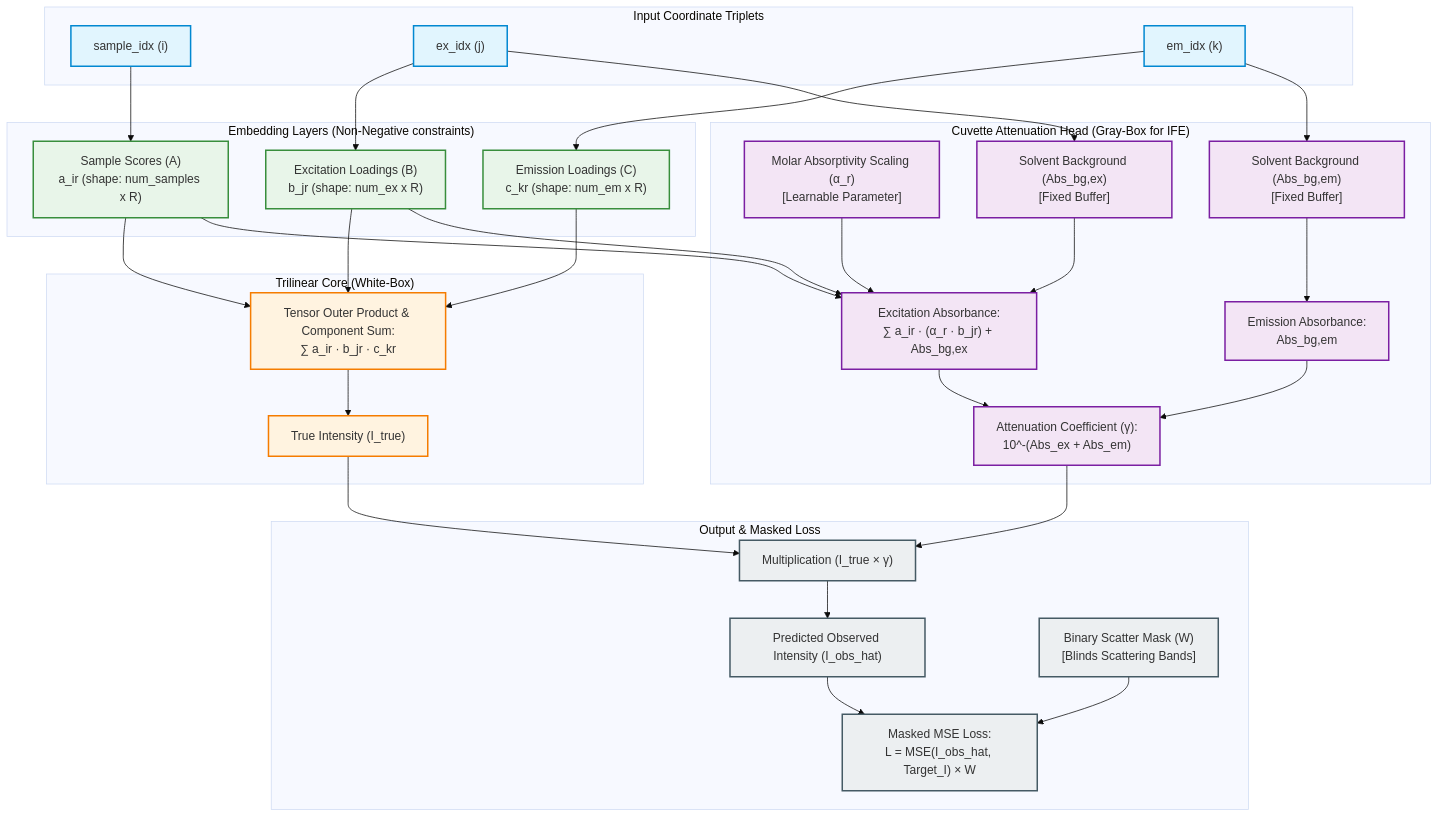
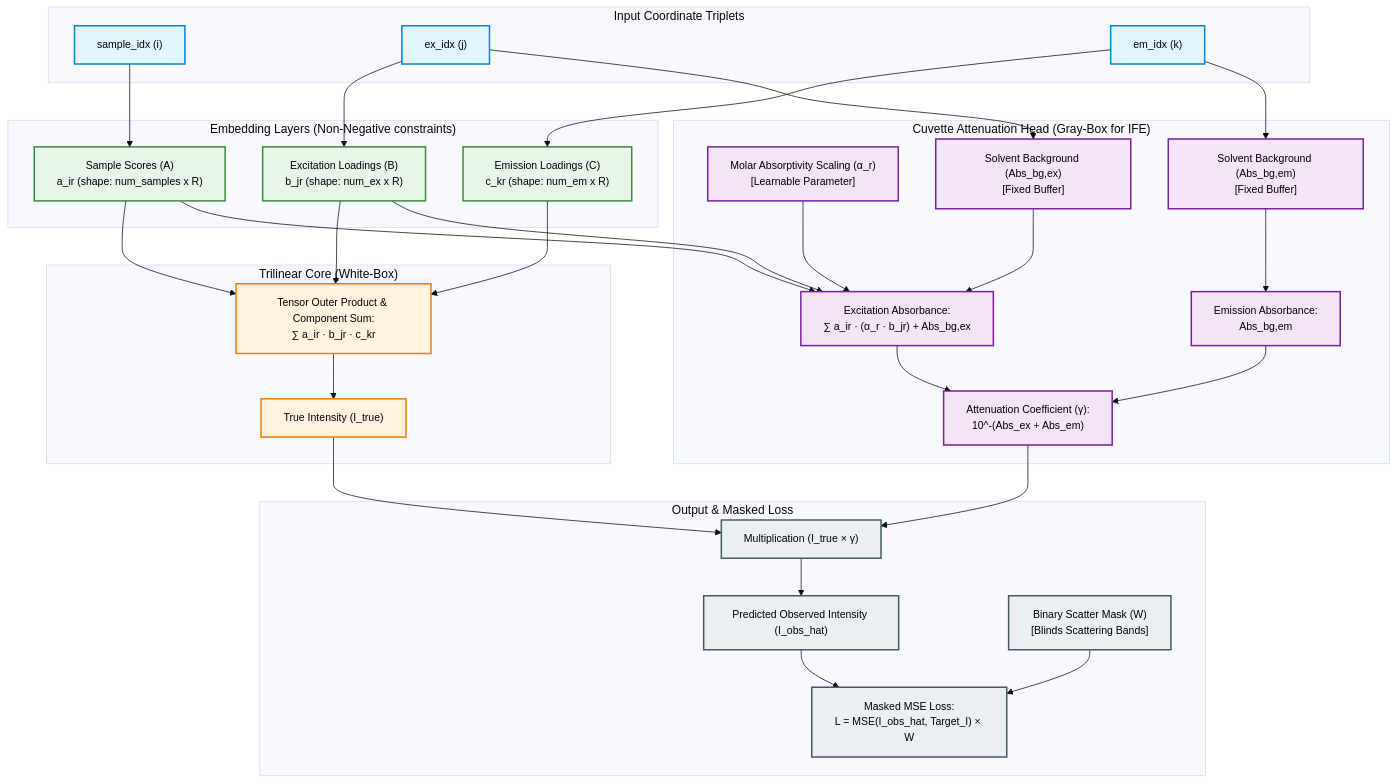
The diagram in README.md (DamianPiuselli/petn_parafac), drawn with Mermaid (base theme) before and after one commit.

Commit message:
docs: improve Mermaid diagram contrast and font size for dark mode

````diff
--- a/README.md
+++ b/README.md
@@ -41,79 +41,79 @@
 ```mermaid
 graph TD
     %% Input nodes
     subgraph Inputs ["Input Coordinate Triplets"]
         S_idx["sample_idx (i)"]
         Ex_idx["ex_idx (j)"]
         Em_idx["em_idx (k)"]
     end
 
     %% Embedding Layers
     subgraph Embeddings ["Embedding Layers (Non-Negative constraints)"]
         A_emb["Sample Scores (A)<br/>a_ir (shape: num_samples x R)"]
         B_emb["Excitation Loadings (B)<br/>b_jr (shape: num_ex x R)"]
         C_emb["Emission Loadings (C)<br/>c_kr (shape: num_em x R)"]
     end
 
     %% Routing
     S_idx --> A_emb
     Ex_idx --> B_emb
     Em_idx --> C_emb
 
     %% Trilinear Core
     subgraph Trilinear_Core ["Trilinear Core (White-Box)"]
         Product["Tensor Outer Product & Component Sum:<br/>∑ a_ir · b_jr · c_kr"]
         I_true["True Intensity (I_true)"]
     end
 
     A_emb & B_emb & C_emb --> Product
     Product --> I_true
 
     %% Gray-Box Attenuation Head
     subgraph Attenuation_Head ["Cuvette Attenuation Head (Gray-Box for IFE)"]
         Alpha["Molar Absorptivity Scaling (α_r)<br/>[Learnable Parameter]"]
         Ex_bg["Solvent Background (Abs_bg,ex)<br/>[Fixed Buffer]"]
         Em_bg["Solvent Background (Abs_bg,em)<br/>[Fixed Buffer]"]
         
         Abs_ex["Excitation Absorbance:<br/>∑ a_ir · (α_r · b_jr) + Abs_bg,ex"]
         Abs_em["Emission Absorbance:<br/>Abs_bg,em"]
         
         Gamma["Attenuation Coefficient (γ):<br/>10^-(Abs_ex + Abs_em)"]
     end
 
     A_emb & B_emb --> Abs_ex
     Alpha --> Abs_ex
     Ex_idx --> Ex_bg
     Ex_bg --> Abs_ex
     
     Em_idx --> Em_bg
     Em_bg --> Abs_em
 
     Abs_ex & Abs_em --> Gamma
 
     %% Combination
     subgraph Output_Layer ["Output & Masked Loss"]
         Multiply["Multiplication (I_true × γ)"]
         I_obs["Predicted Observed Intensity (I_obs_hat)"]
         
         Mask["Binary Scatter Mask (W)<br/>[Blinds Scattering Bands]"]
         Loss["Masked MSE Loss:<br/>L = MSE(I_obs_hat, Target_I) × W"]
     end
 
     I_true --> Multiply
     Gamma --> Multiply
     Multiply --> I_obs
     I_obs --> Loss
     Mask --> Loss
     
-    classDef input fill:#e1f5fe,stroke:#0288d1,stroke-width:2px;
-    classDef embedding fill:#e8f5e9,stroke:#388e3c,stroke-width:2px;
-    classDef core fill:#fff3e0,stroke:#f57c00,stroke-width:2px;
-    classDef atten fill:#f3e5f5,stroke:#7b1fa2,stroke-width:2px;
-    classDef output fill:#eceff1,stroke:#455a64,stroke-width:2px;
+    classDef input fill:#e1f5fe,stroke:#0288d1,stroke-width:2px,color:#000000,font-size:14px;
+    classDef embedding fill:#e8f5e9,stroke:#388e3c,stroke-width:2px,color:#000000,font-size:14px;
+    classDef core fill:#fff3e0,stroke:#f57c00,stroke-width:2px,color:#000000,font-size:14px;
+    classDef atten fill:#f3e5f5,stroke:#7b1fa2,stroke-width:2px,color:#000000,font-size:14px;
+    classDef output fill:#eceff1,stroke:#455a64,stroke-width:2px,color:#000000,font-size:14px;
     
     class S_idx,Ex_idx,Em_idx input;
     class A_emb,B_emb,C_emb embedding;
     class Product,I_true core;
     class Alpha,Ex_bg,Em_bg,Abs_ex,Abs_em,Gamma atten;
     class Multiply,I_obs,Mask,Loss output;
 ```
````
